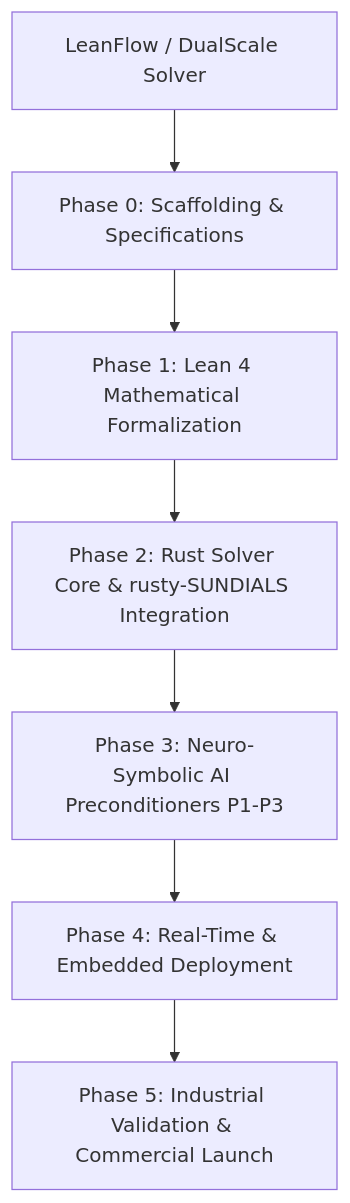
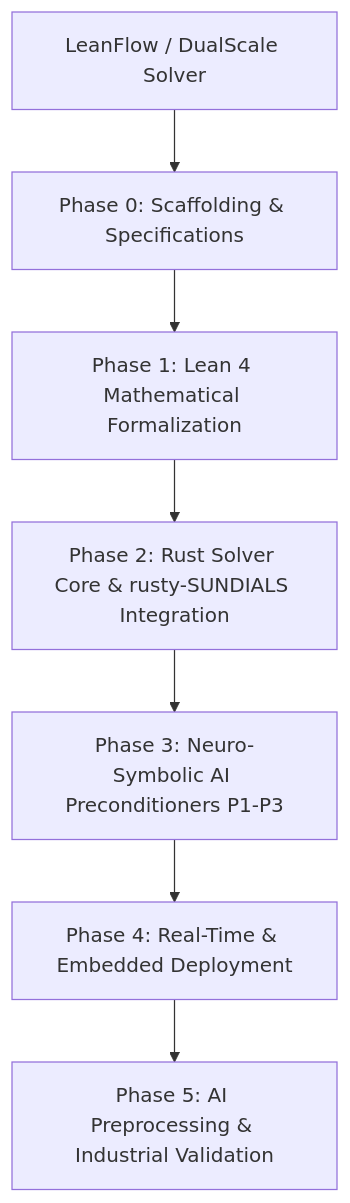
One commit to xaviercallens/SocrateAI-Numeric-DualScale-Solver changed the diagram in PLAN.md. Above: the diagram before and after it, drawn with Mermaid. The commit also changed other lines of this file and 68 other files, not shown here.

````diff
--- a/PLAN.md
+++ b/PLAN.md
@@ -12,9 +12,9 @@
 ```mermaid
 graph TD
     A[LeanFlow / DualScale Solver] --> B[Phase 0: Scaffolding & Specifications]
     B --> C[Phase 1: Lean 4 Mathematical Formalization]
     C --> D[Phase 2: Rust Solver Core & rusty-SUNDIALS Integration]
     D --> E[Phase 3: Neuro-Symbolic AI Preconditioners P1-P3]
     E --> F[Phase 4: Real-Time & Embedded Deployment]
-    F --> G[Phase 5: Industrial Validation & Commercial Launch]
+    F --> G[Phase 5: AI Preprocessing & Industrial Validation]
 ```
````
